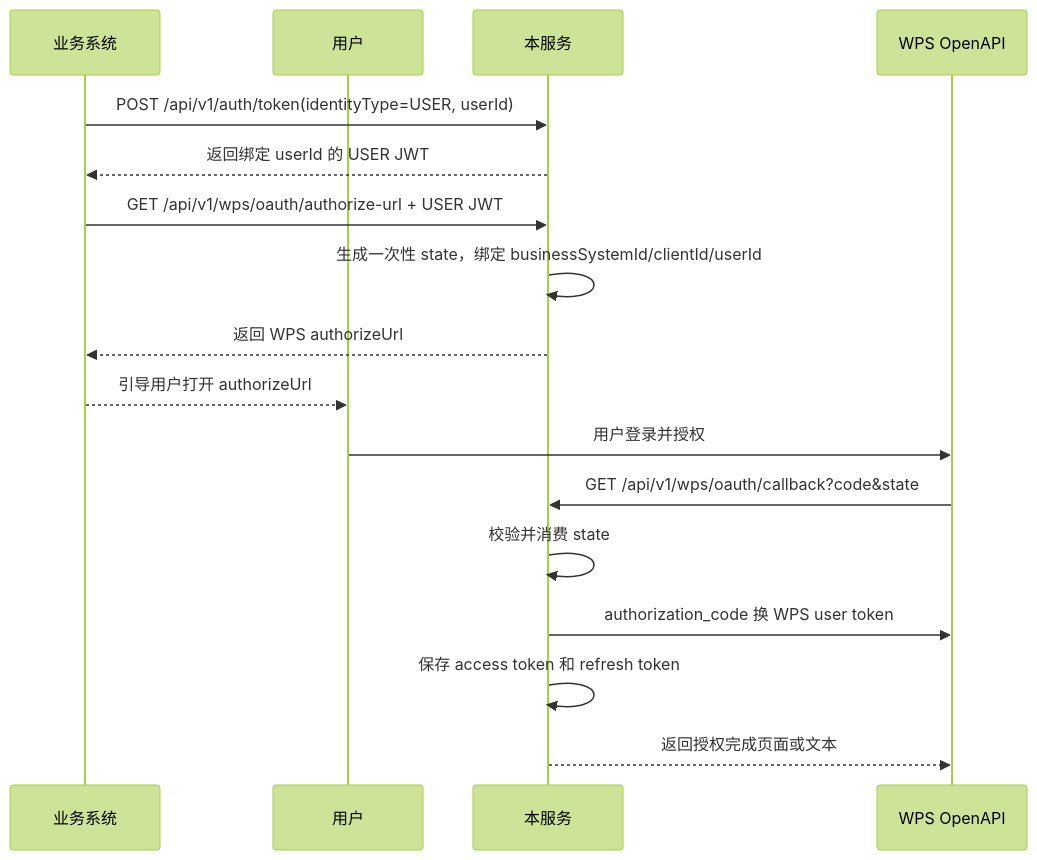
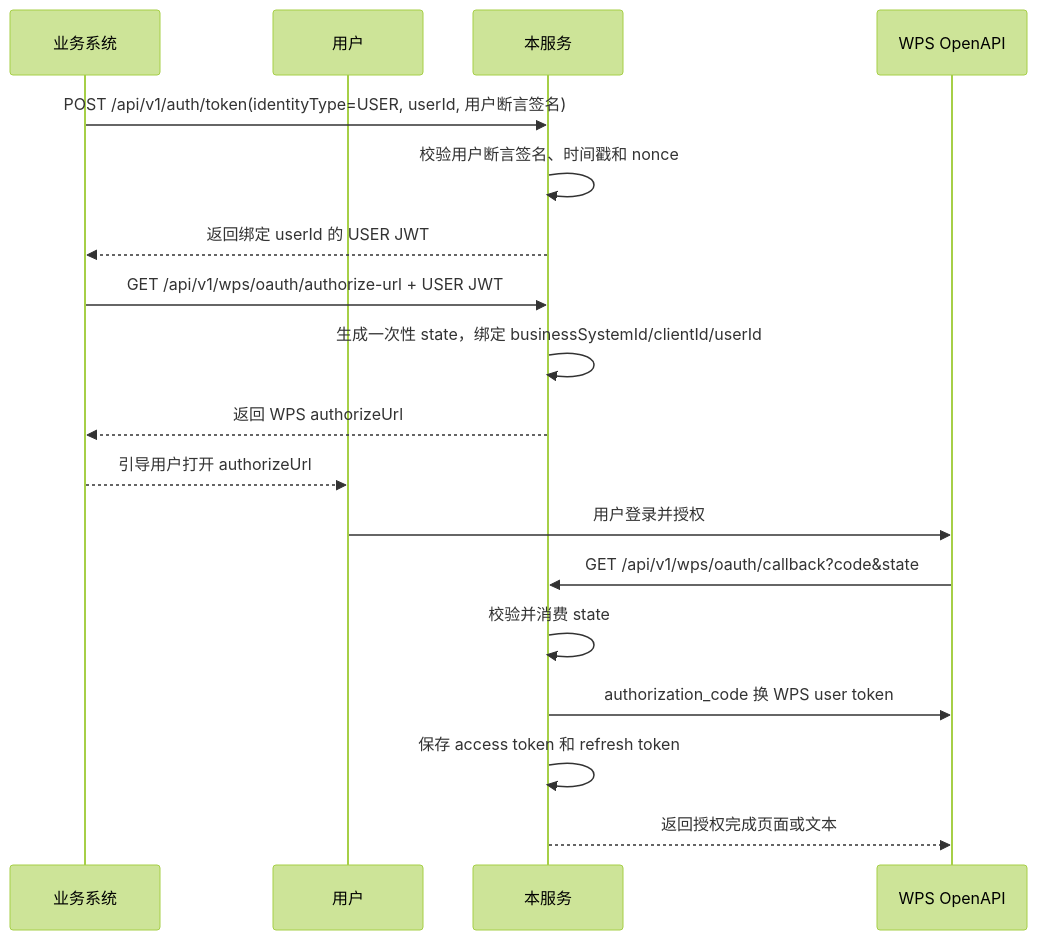
Before and after one commit to a1351995160/yungateway-minimal-token-wps: the second of 3 diagrams in docs/requirements/2026-06-01-wps-app-user-authorization-system-requirements.zh-CN.md, drawn with Mermaid (forest theme). The commit also changed other lines of this file and 151 other files, not shown here.

````diff
--- a/docs/requirements/2026-06-01-wps-app-user-authorization-system-requirements.zh-CN.md
+++ b/docs/requirements/2026-06-01-wps-app-user-authorization-system-requirements.zh-CN.md
@@ -69,20 +73,21 @@
 ```mermaid
 sequenceDiagram
     participant B as 业务系统
     participant U as 用户
     participant G as 本服务
     participant W as WPS OpenAPI
 
-    B->>G: POST /api/v1/auth/token(identityType=USER, userId)
+    B->>G: POST /api/v1/auth/token(identityType=USER, userId, 用户断言签名)
+    G->>G: 校验用户断言签名、时间戳和 nonce
     G-->>B: 返回绑定 userId 的 USER JWT
     B->>G: GET /api/v1/wps/oauth/authorize-url + USER JWT
     G->>G: 生成一次性 state，绑定 businessSystemId/clientId/userId
     G-->>B: 返回 WPS authorizeUrl
     B-->>U: 引导用户打开 authorizeUrl
     U->>W: 用户登录并授权
     W->>G: GET /api/v1/wps/oauth/callback?code&state
     G->>G: 校验并消费 state
     G->>W: authorization_code 换 WPS user token
     G->>G: 保存 access token 和 refresh token
     G-->>W: 返回授权完成页面或文本
 ```
````
